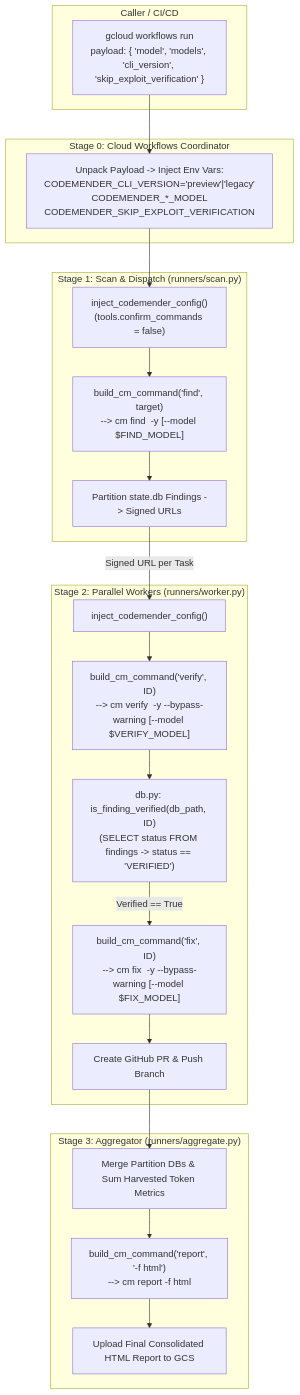
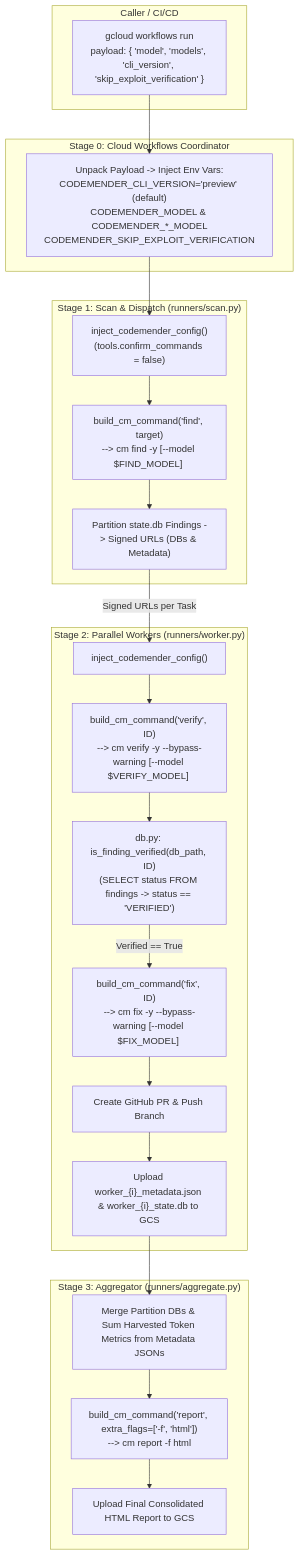
Before and after one commit to niteshtadepalli/bokeh: the diagram in docs/architecture/codemender_public_preview_upgrade_design.md, drawn with Mermaid. The commit also changed other lines of this file, not shown here.

Commit message:
Update Public Preview Support Design

````diff
--- a/docs/architecture/codemender_public_preview_upgrade_design.md
+++ b/docs/architecture/codemender_public_preview_upgrade_design.md
@@ -67,38 +75,39 @@
 ```mermaid
 graph TD
     subgraph Caller ["Caller / CI/CD"]
         Req["gcloud workflows run<br/>payload: { 'model', 'models', 'cli_version', 'skip_exploit_verification' }"]
     end
 
     subgraph CW ["Stage 0: Cloud Workflows Coordinator"]
-        ParsePayload["Unpack Payload -> Inject Env Vars:<br/>CODEMENDER_CLI_VERSION='preview'|'legacy'<br/>CODEMENDER_*_MODEL<br/>CODEMENDER_SKIP_EXPLOIT_VERIFICATION"]
+        ParsePayload["Unpack Payload -> Inject Env Vars:<br/>CODEMENDER_CLI_VERSION='preview' (default)<br/>CODEMENDER_MODEL & CODEMENDER_*_MODEL<br/>CODEMENDER_SKIP_EXPLOIT_VERIFICATION"]
     end
 
     subgraph S1 ["Stage 1: Scan & Dispatch (runners/scan.py)"]
         Init1["inject_codemender_config()<br/>(tools.confirm_commands = false)"]
-        Scan["build_cm_command('find', target)<br/>--> cm find <target> -y [--model $FIND_MODEL]"]
-        Part["Partition state.db Findings -> Signed URLs"]
+        Scan["build_cm_command('find', target)<br/>--> cm find -y [--model $FIND_MODEL] <target>"]
+        Part["Partition state.db Findings -> Signed URLs (DBs & Metadata)"]
     end
 
     subgraph S2 ["Stage 2: Parallel Workers (runners/worker.py)"]
         Init2["inject_codemender_config()"]
-        Verify["build_cm_command('verify', ID)<br/>--> cm verify <ID> -y --bypass-warning [--model $VERIFY_MODEL]"]
+        Verify["build_cm_command('verify', ID)<br/>--> cm verify -y --bypass-warning [--model $VERIFY_MODEL] <ID>"]
         DBCheck["db.py: is_finding_verified(db_path, ID)<br/>(SELECT status FROM findings -> status == 'VERIFIED')"]
-        Fix["build_cm_command('fix', ID)<br/>--> cm fix <ID> -y --bypass-warning [--model $FIX_MODEL]"]
+        Fix["build_cm_command('fix', ID)<br/>--> cm fix -y --bypass-warning [--model $FIX_MODEL] <ID>"]
         PR["Create GitHub PR & Push Branch"]
+        Meta["Upload worker_{i}_metadata.json & worker_{i}_state.db to GCS"]
     end
 
     subgraph S3 ["Stage 3: Aggregator (runners/aggregate.py)"]
-        Merge["Merge Partition DBs & Sum Harvested Token Metrics"]
-        Report["build_cm_command('report', '-f html')<br/>--> cm report -f html"]
+        Merge["Merge Partition DBs & Sum Harvested Token Metrics from Metadata JSONs"]
+        Report["build_cm_command('report', extra_flags=['-f', 'html'])<br/>--> cm report -f html"]
         GCS["Upload Final Consolidated HTML Report to GCS"]
     end
 
     Req --> ParsePayload
     ParsePayload --> Init1
     Init1 --> Scan --> Part
-    Part -->|Signed URL per Task| Init2
+    Part -->|Signed URLs per Task| Init2
     Init2 --> Verify --> DBCheck
     DBCheck -->|Verified == True| Fix --> PR
-    PR --> Merge --> Report --> GCS
+    PR --> Meta --> Merge --> Report --> GCS
 ```
````
